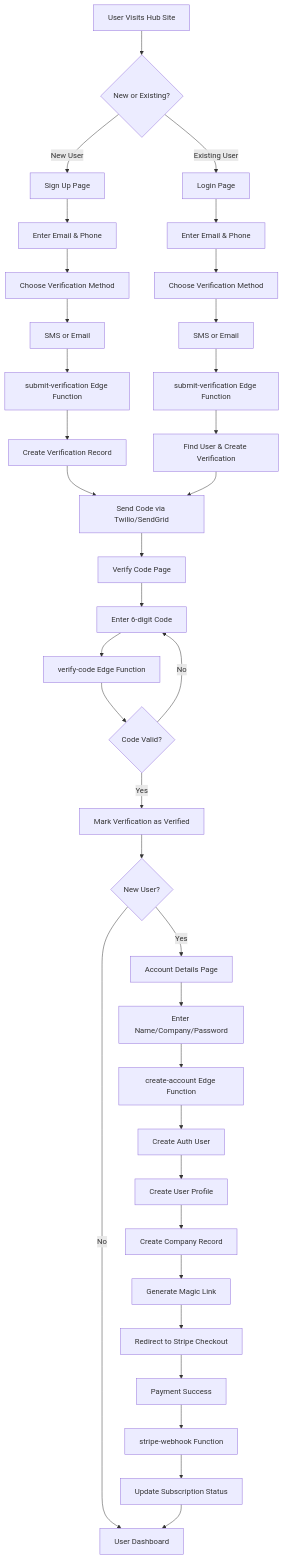
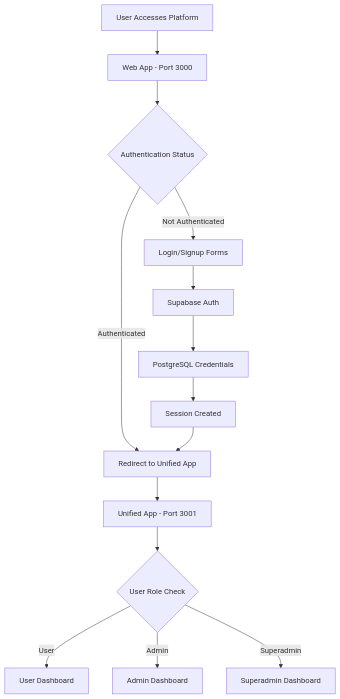
One commit to brftech/sms-hub-web changed the diagram in docs/ARCHITECTURE_STATUS.md. Above: the diagram before and after it, drawn with Mermaid. The commit also changed other lines of this file and 64 other files, not shown here.

First line of the commit message:
Refactor unified app architecture and clean up web components

````diff
--- a/docs/ARCHITECTURE_STATUS.md
+++ b/docs/ARCHITECTURE_STATUS.md
@@ -73,48 +55,18 @@
 ```mermaid
 graph TD
-    A[User Visits Hub Site] --> B{New or Existing?}
-    B -->|New User| C[Sign Up Page]
-    B -->|Existing User| D[Login Page]
-
-    C --> E[Enter Email & Phone]
-    D --> E2[Enter Email & Phone]
-
-    E --> F[Choose Verification Method]
-    E2 --> F2[Choose Verification Method]
-    F --> G[SMS or Email]
-    F2 --> G2[SMS or Email]
-
-    G --> H[submit-verification Edge Function]
-    G2 --> H2[submit-verification Edge Function]
-    H --> I[Create Verification Record]
-    H2 --> I2[Find User & Create Verification]
-
-    I --> J[Send Code via Twilio/SendGrid]
-    I2 --> J
-
-    J --> K[Verify Code Page]
-    K --> L[Enter 6-digit Code]
-    L --> M[verify-code Edge Function]
-
-    M --> N{Code Valid?}
-    N -->|No| L
-    N -->|Yes| O[Mark Verification as Verified]
-
-    O --> P{New User?}
-    P -->|Yes| Q[Account Details Page]
-    P -->|No| Z[Dashboard]
-
-    Q --> R[Enter Name/Company/Password]
-    R --> S[create-account Edge Function]
-
-    S --> T[Create Auth User]
-    T --> U[Create User Profile]
-    U --> V[Create Company Record]
-    V --> W[Generate Magic Link]
-
-    W --> X[Redirect to Stripe Checkout]
-    X --> Y[Payment Success]
-    Y --> Y2[stripe-webhook Function]
-    Y2 --> Y3[Update Subscription Status]
-    Y3 --> Z[User Dashboard]
+    A[User Accesses Platform] --> B[Web App - Port 3000]
+    B --> C{Authentication Status}
+    C -->|Not Authenticated| D[Login/Signup Forms]
+    C -->|Authenticated| E[Redirect to Unified App]
+    
+    D --> F[Supabase Auth]
+    F --> G[PostgreSQL Credentials]
+    G --> H[Session Created]
+    H --> E
+    
+    E --> I[Unified App - Port 3001]
+    I --> J{User Role Check}
+    J -->|User| K[User Dashboard]
+    J -->|Admin| L[Admin Dashboard]
+    J -->|Superadmin| M[Superadmin Dashboard]
 ```
````
